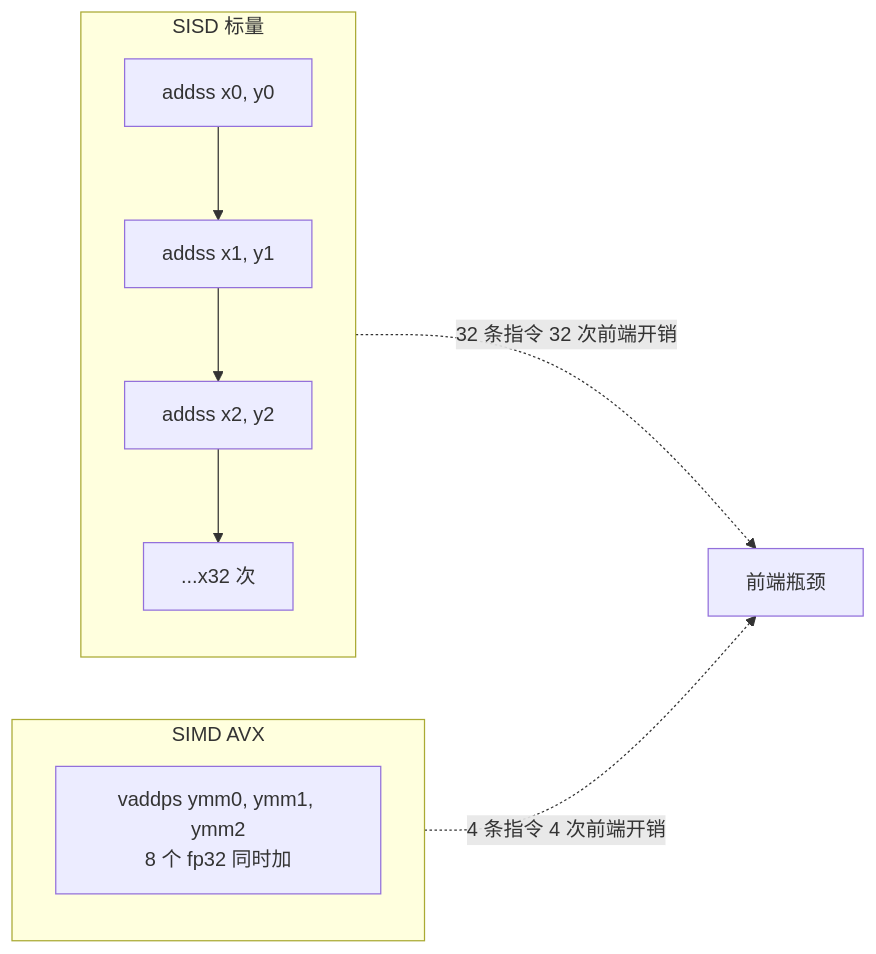
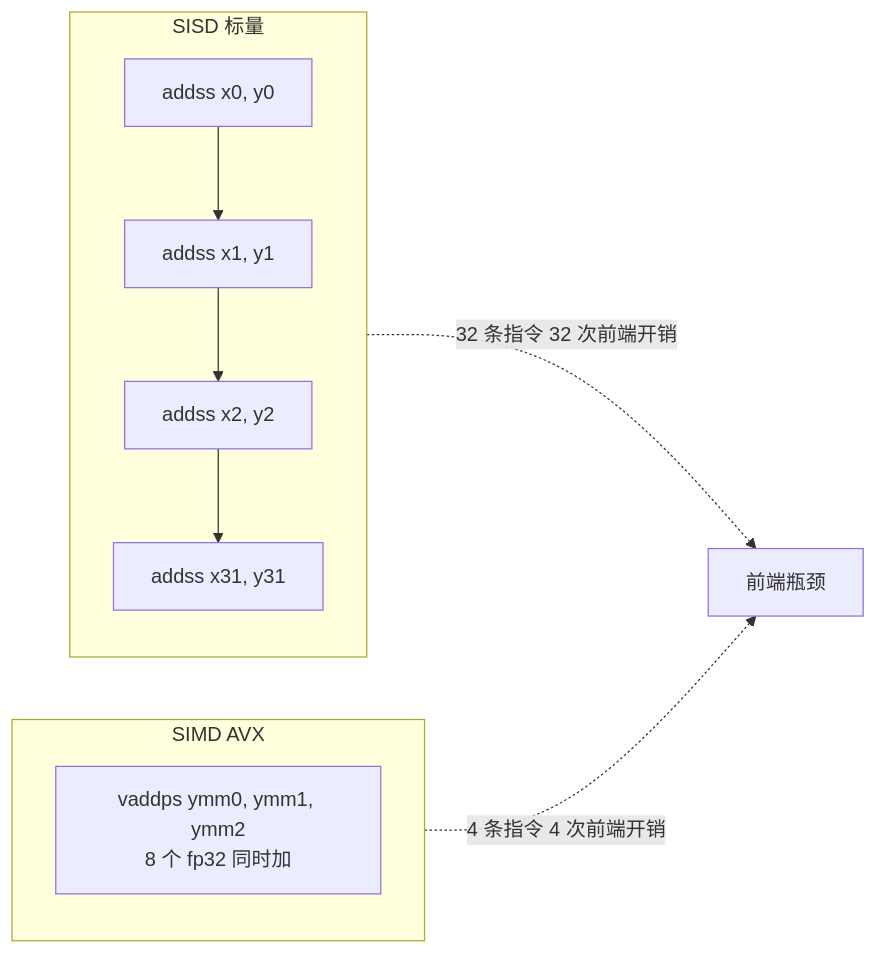
The second of 7 diagrams in ai-infra-tutorial/part0-foundations-of-systems/0a4-simd.md (qxhy123/learn), drawn with Mermaid before and after one commit. The commit also changed other lines of this file and 15 other files, not shown here.

````diff
--- a/ai-infra-tutorial/part0-foundations-of-systems/0a4-simd.md
+++ b/ai-infra-tutorial/part0-foundations-of-systems/0a4-simd.md
@@ -114,11 +114,11 @@
 ```mermaid
 flowchart LR
   subgraph SISD[SISD 标量]
-    S1[addss x0, y0] --> S2[addss x1, y1] --> S3[addss x2, y2] --> S4[...x32 次]
+    S1[addss x0, y0] --> S2[addss x1, y1] --> S3[addss x2, y2] --> S4[addss x31, y31]
   end
   subgraph SIMD[SIMD AVX]
     V1[vaddps ymm0, ymm1, ymm2<br/>8 个 fp32 同时加]
   end
   SISD -. 32 条指令 32 次前端开销 .-> Front[前端瓶颈]
   SIMD -. 4 条指令 4 次前端开销 .-> Front
 ```
````
